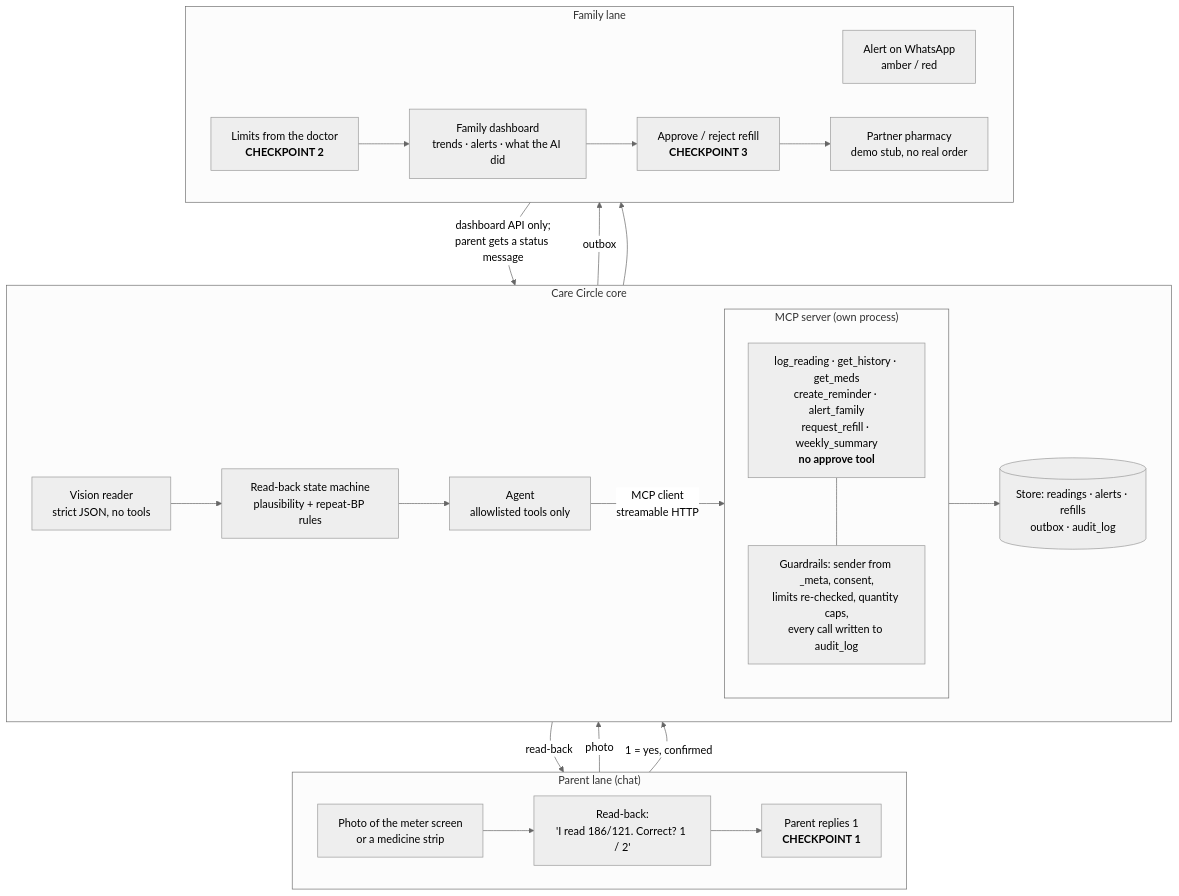
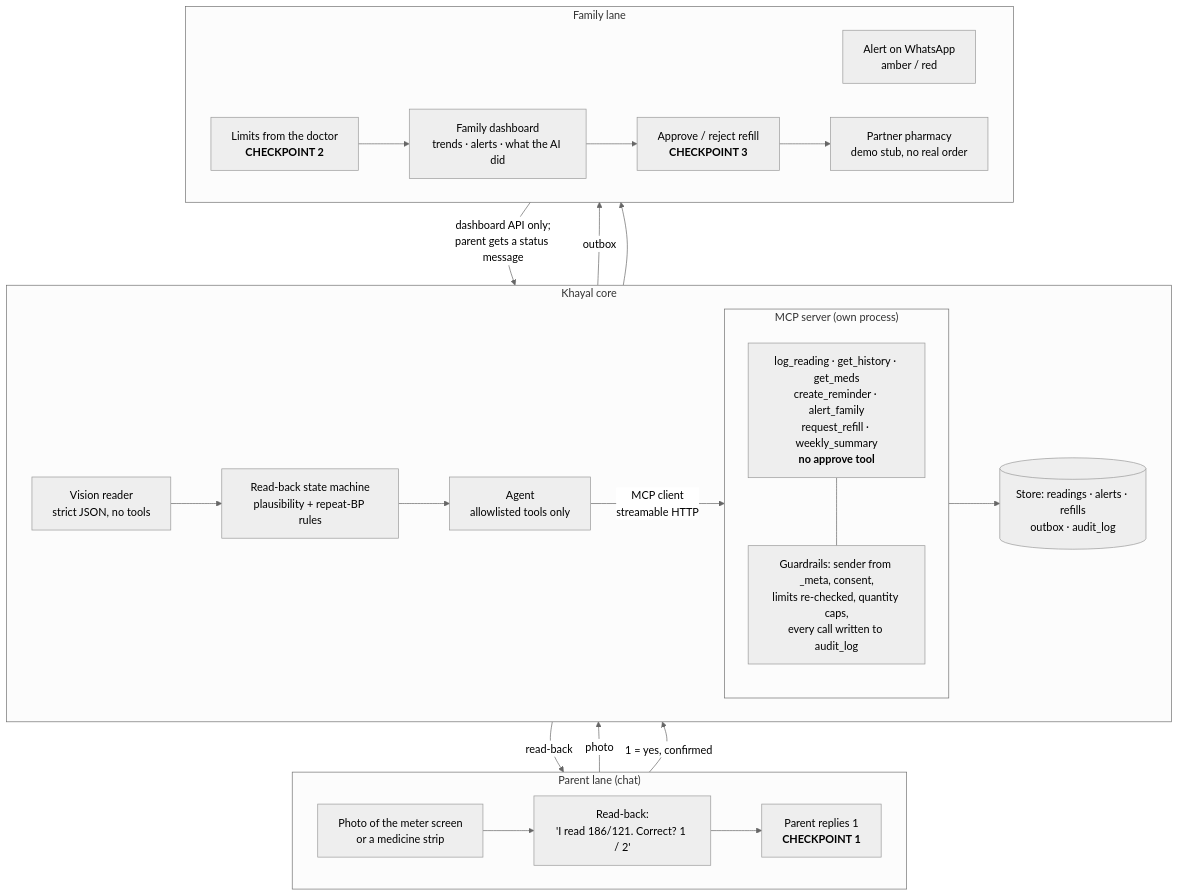
The diagram in README.md (jagpreetsingh02/Khayal), drawn with Mermaid (neutral theme) before and after one commit. The commit also changed other lines of this file and 45 other files, not shown here.

Commit message:
chore: rename product from Care Circle to Khayal

````diff
--- a/README.md
+++ b/README.md
@@ -123,39 +123,39 @@
 ```mermaid
 flowchart TB
   subgraph PARENT["Parent lane (chat)"]
     direction LR
     P1["Photo of the meter screen<br/>or a medicine strip"] --> P2["Read-back:<br/>'I read 186/121. Correct? 1 / 2'"] --> P3["Parent replies 1<br/><b>CHECKPOINT 1</b>"]
   end
 
-  subgraph CORE["Care Circle core"]
+  subgraph CORE["Khayal core"]
     direction LR
     R["Vision reader<br/>strict JSON, no tools"] --> E["Read-back state machine<br/>plausibility + repeat-BP rules"]
     E --> A["Agent<br/>allowlisted tools only"]
     A -->|"MCP client<br/>streamable HTTP"| T
     subgraph MCP["MCP server (own process)"]
       direction TB
       T["log_reading · get_history · get_meds<br/>create_reminder · alert_family<br/>request_refill · weekly_summary<br/><b>no approve tool</b>"]
       G["Guardrails: sender from _meta, consent,<br/>limits re-checked, quantity caps,<br/>every call written to audit_log"]
       T --- G
     end
     T --> DB[("Store: readings · alerts · refills<br/>outbox · audit_log")]
   end
 
   subgraph FAMILY["Family lane"]
     direction LR
     F1["Alert on WhatsApp<br/>amber / red"]
     F2["Family dashboard<br/>trends · alerts · what the AI did"]
     F3["Approve / reject refill<br/><b>CHECKPOINT 3</b>"]
     DR["Limits from the doctor<br/><b>CHECKPOINT 2</b>"]
     PH["Partner pharmacy<br/>demo stub, no real order"]
     F2 --> F3 --> PH
     DR --> F2
   end
 
   P1 -->|photo| R
   E -->|read-back| P2
   P3 -->|"1 = yes, confirmed"| E
   DB -->|outbox| F1
   DB --> F2
   F3 -->|"dashboard API only;<br/>parent gets a status message"| DB
 ```
````
